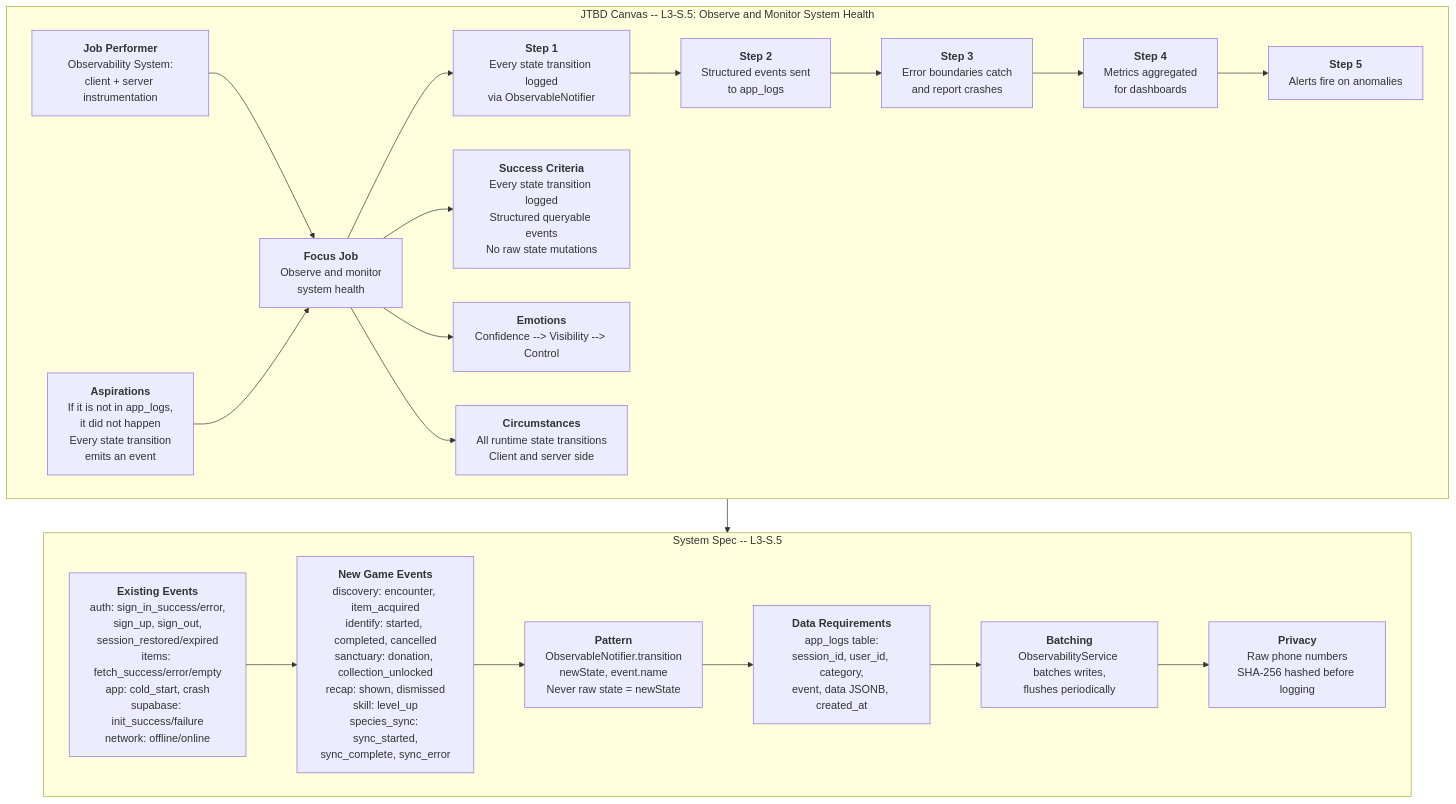
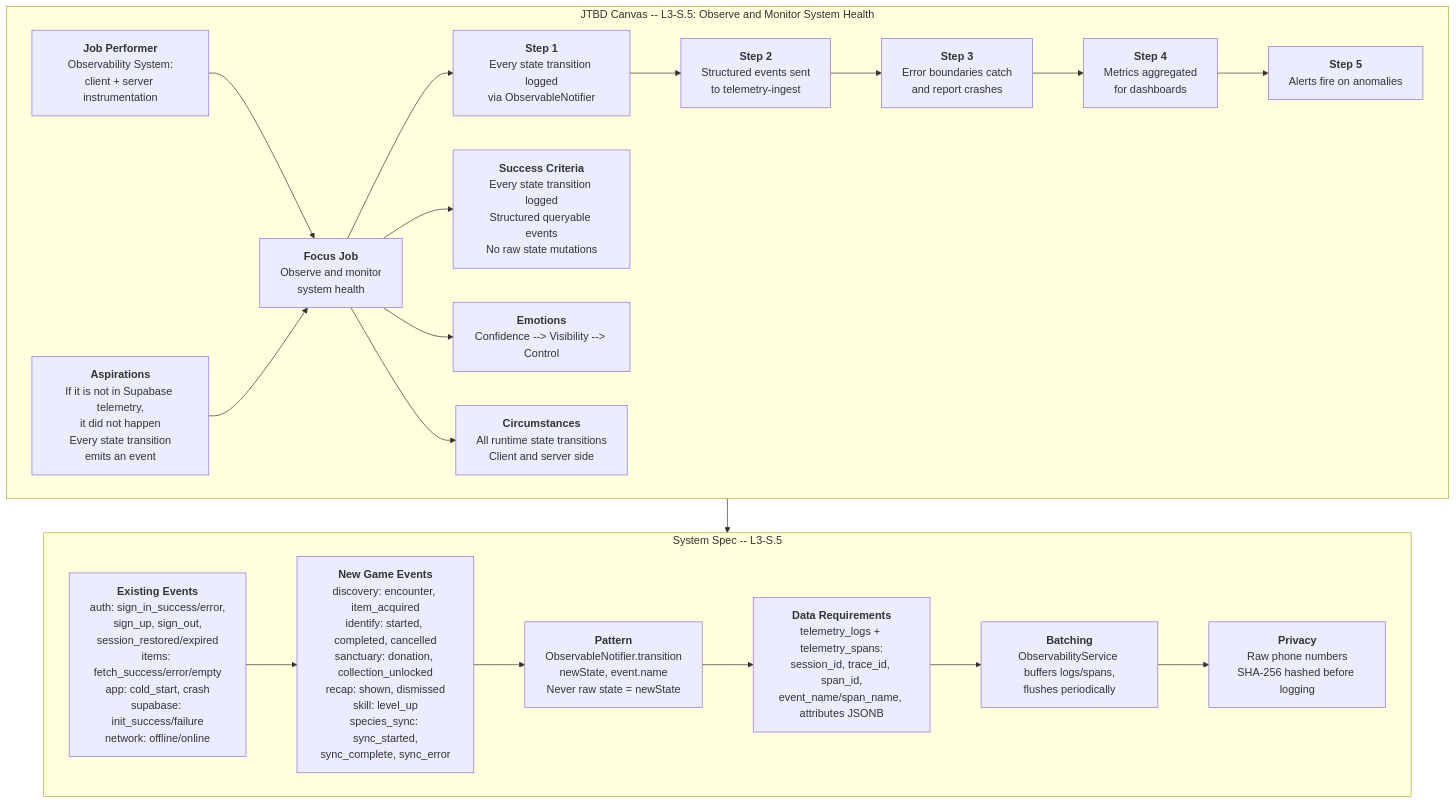
The diagram in docs/diagrams/problem/s5-observe-monitor.mmd (JMLegere/geo-app), drawn with Mermaid before and after one commit. The commit also changed 35 other files, not shown here.

First line of the commit message:
Replace app_logs with OTel-shaped telemetry (#490)

```diff
--- a/docs/diagrams/problem/s5-observe-monitor.mmd
+++ b/docs/diagrams/problem/s5-observe-monitor.mmd
@@ -1,40 +1,40 @@
 %% Status: NEEDS HUMAN REVIEW
 flowchart TD
     subgraph JTBD["JTBD Canvas -- L3-S.5: Observe and Monitor System Health"]
         JP["<b>Job Performer</b><br/>Observability System:<br/>client + server instrumentation"]
-        ASP["<b>Aspirations</b><br/>If it is not in app_logs,<br/>it did not happen<br/>Every state transition<br/>emits an event"]
+        ASP["<b>Aspirations</b><br/>If it is not in Supabase telemetry,<br/>it did not happen<br/>Every state transition<br/>emits an event"]
         FJ["<b>Focus Job</b><br/>Observe and monitor<br/>system health"]
         S1["<b>Step 1</b><br/>Every state transition logged<br/>via ObservableNotifier"]
-        S2["<b>Step 2</b><br/>Structured events sent<br/>to app_logs"]
+        S2["<b>Step 2</b><br/>Structured events sent<br/>to telemetry-ingest"]
         S3["<b>Step 3</b><br/>Error boundaries catch<br/>and report crashes"]
         S4["<b>Step 4</b><br/>Metrics aggregated<br/>for dashboards"]
         S5["<b>Step 5</b><br/>Alerts fire on anomalies"]
         SC["<b>Success Criteria</b><br/>Every state transition logged<br/>Structured queryable events<br/>No raw state mutations"]
         EM["<b>Emotions</b><br/>Confidence --> Visibility --> Control"]
         CIRC["<b>Circumstances</b><br/>All runtime state transitions<br/>Client and server side"]
 
         JP --> FJ
         ASP --> FJ
         FJ --> S1
         S1 --> S2 --> S3 --> S4 --> S5
         FJ --> SC
         FJ --> EM
         FJ --> CIRC
     end
 
     subgraph SystemSpec["System Spec -- L3-S.5"]
         EE["<b>Existing Events</b><br/>auth: sign_in_success/error,<br/>sign_up, sign_out,<br/>session_restored/expired<br/>items: fetch_success/error/empty<br/>app: cold_start, crash<br/>supabase: init_success/failure<br/>network: offline/online"]
         NE["<b>New Game Events</b><br/>discovery: encounter, item_acquired<br/>identify: started, completed, cancelled<br/>sanctuary: donation, collection_unlocked<br/>recap: shown, dismissed<br/>skill: level_up<br/>species_sync: sync_started,<br/>sync_complete, sync_error"]
         PT["<b>Pattern</b><br/>ObservableNotifier.transition<br/>newState, event.name<br/>Never raw state = newState"]
-        DR["<b>Data Requirements</b><br/>app_logs table:<br/>session_id, user_id, category,<br/>event, data JSONB, created_at"]
-        BT["<b>Batching</b><br/>ObservabilityService batches writes,<br/>flushes periodically"]
+        DR["<b>Data Requirements</b><br/>telemetry_logs + telemetry_spans:<br/>session_id, trace_id, span_id,<br/>event_name/span_name, attributes JSONB"]
+        BT["<b>Batching</b><br/>ObservabilityService buffers logs/spans,<br/>flushes periodically"]
         PR["<b>Privacy</b><br/>Raw phone numbers<br/>SHA-256 hashed before logging"]
 
         EE --> NE
         NE --> PT
         PT --> DR
         DR --> BT
         BT --> PR
     end
 
     JTBD --> SystemSpec
```
